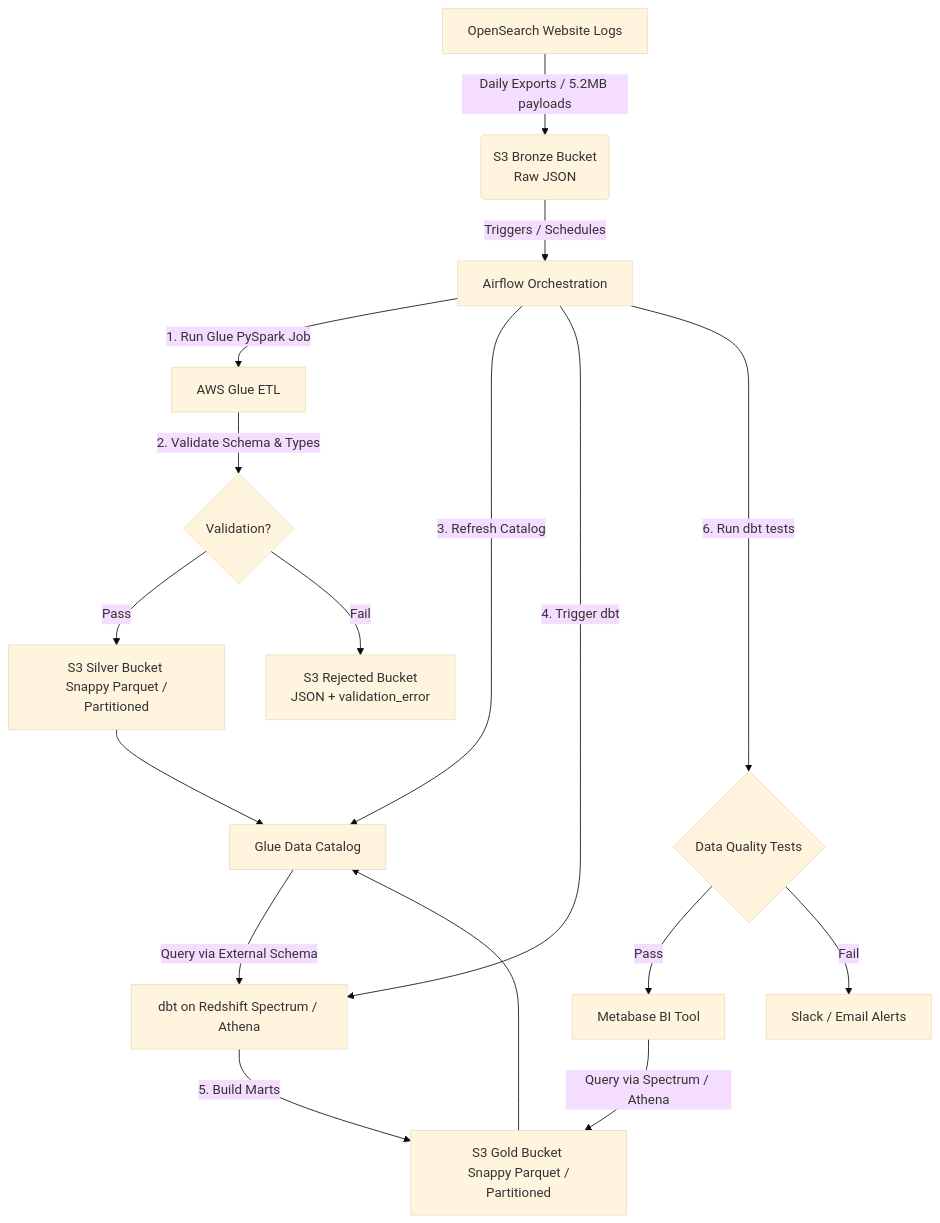
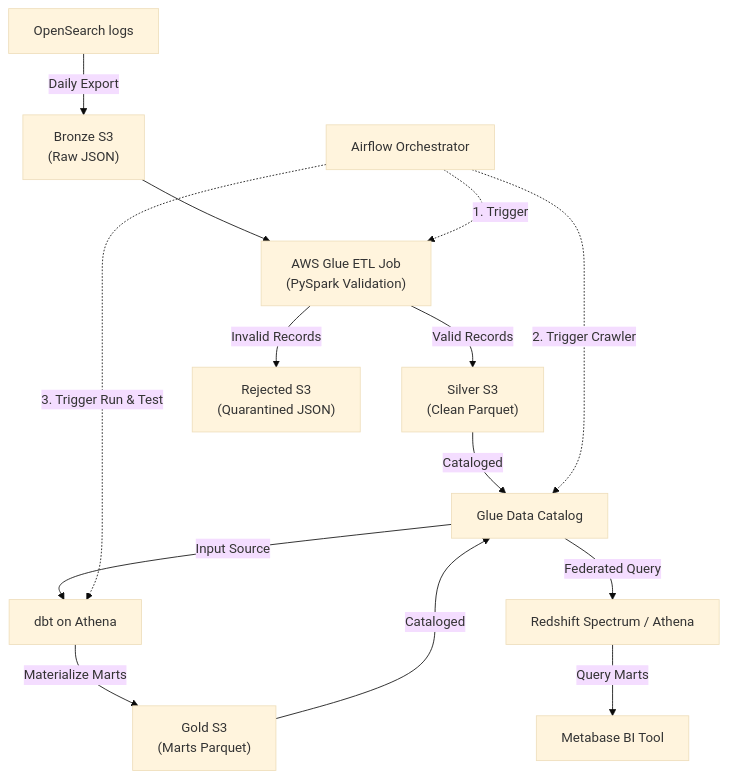
The diagram in README.md (npthinks/Studocu_poc), drawn with Mermaid (base theme) before and after one commit. The commit also changed other lines of this file, not shown here.

Commit message:
Fix rendering issues, dependencies and update flow in README.md

````diff
--- a/README.md
+++ b/README.md
@@ -15,19 +15,25 @@
 ```mermaid
 graph TD
-    A[OpenSearch Website Logs] -->|Daily Exports / 5.2MB payloads| B(S3 Bronze Bucket <br> Raw JSON)
-    B -->|Triggers / Schedules| C[Airflow Orchestration]
-    C -->|1. Run Glue PySpark Job| D[AWS Glue ETL]
-    D -->|2. Validate Schema & Types| E{Validation?}
-    E -->|Pass| F[S3 Silver Bucket <br> Snappy Parquet / Partitioned]
-    E -->|Fail| G[S3 Rejected Bucket <br> JSON + validation_error]
-    C -->|3. Refresh Catalog| H[Glue Data Catalog]
-    F --> H
-    C -->|4. Trigger dbt| I[dbt on Redshift Spectrum / Athena]
-    H -->|Query via External Schema| I
-    I -->|5. Build Marts| J[S3 Gold Bucket <br> Snappy Parquet / Partitioned]
-    J --> H
-    C -->|6. Run dbt tests| K{Data Quality Tests}
-    K -->|Pass| L[Metabase BI Tool]
-    K -->|Fail| M[Slack / Email Alerts]
-    L -->|Query via Spectrum / Athena| J
+    %% Source
+    OS["OpenSearch logs"] -->|Daily Export| Bronze["Bronze S3<br>(Raw JSON)"]
+    
+    %% Glue Validation
+    Bronze --> GlueETL["AWS Glue ETL Job<br>(PySpark Validation)"]
+    GlueETL -->|Valid Records| Silver["Silver S3<br>(Clean Parquet)"]
+    GlueETL -->|Invalid Records| Rejected["Rejected S3<br>(Quarantined JSON)"]
+    
+    %% Cataloging & dbt
+    Silver -->|Cataloged| Catalog["Glue Data Catalog"]
+    Catalog -->|Input Source| dbt["dbt on Athena"]
+    dbt -->|Materialize Marts| Gold["Gold S3<br>(Marts Parquet)"]
+    Gold -->|Cataloged| Catalog
+    
+    %% Querying & BI
+    Catalog -->|Federated Query| Spectrum["Redshift Spectrum / Athena"]
+    Spectrum -->|Query Marts| Metabase["Metabase BI Tool"]
+    
+    %% Orchestration Control Plane (Airflow)
+    Airflow["Airflow Orchestrator"] -.->|1. Trigger| GlueETL
+    Airflow -.->|2. Trigger Crawler| Catalog
+    Airflow -.->|3. Trigger Run & Test| dbt
 ```
````
